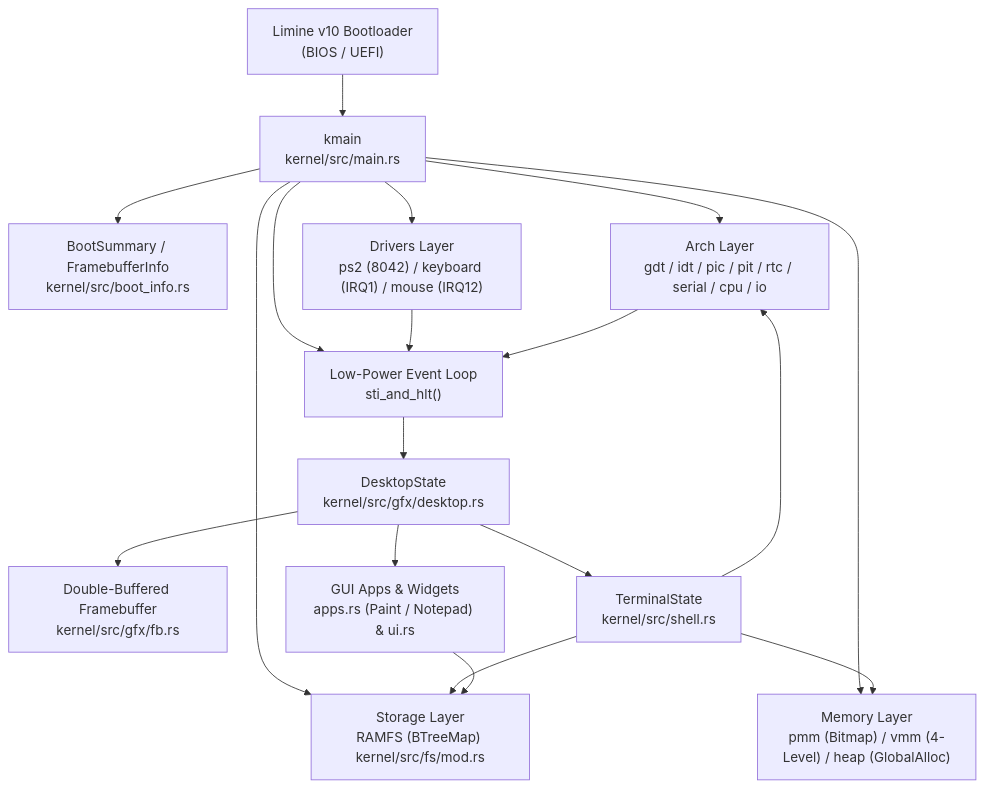
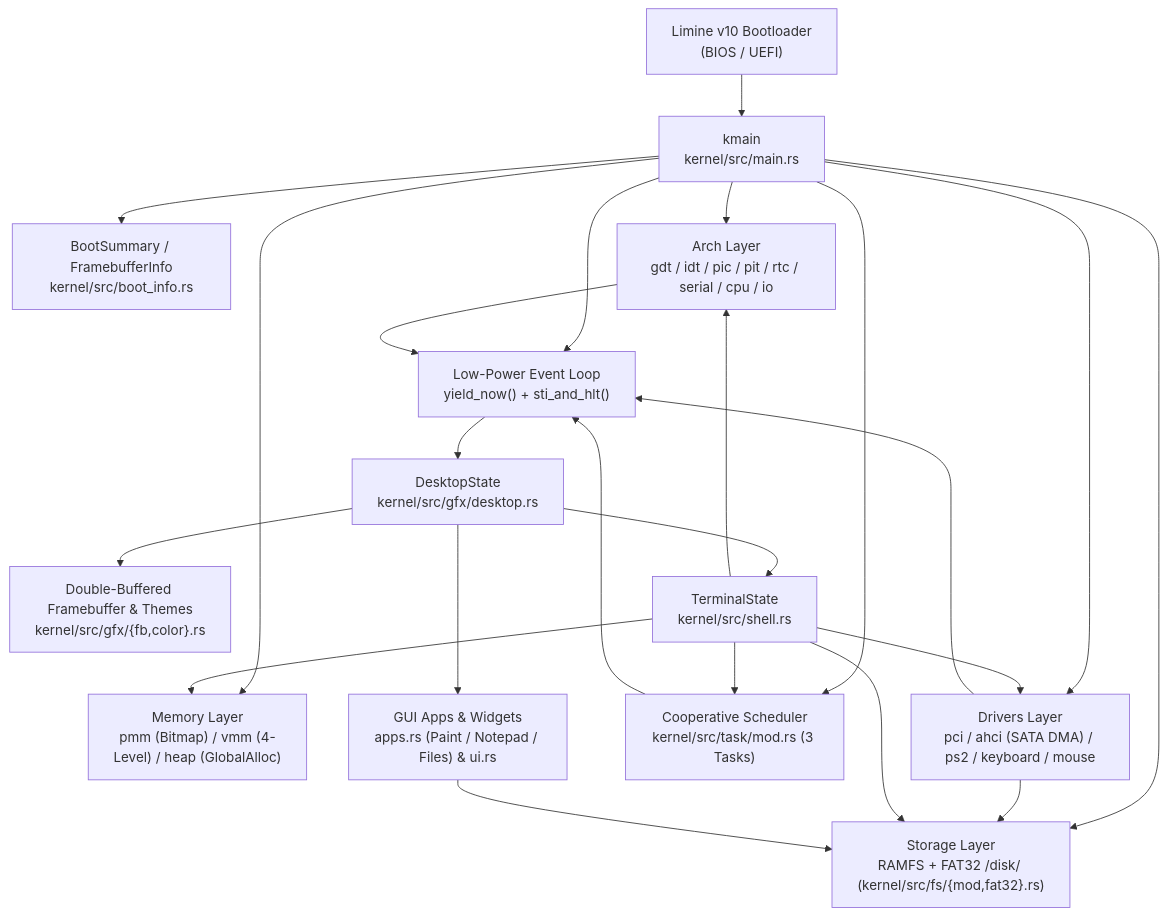
Before and after one commit to wmsir/wmos: the first of 2 diagrams in docs/DESIGN.md, drawn with Mermaid. The commit also changed other lines of this file and 17 other files, not shown here.

Commit message:
feat(v3.0.0): add PCI, AHCI SATA DMA, FAT32 /disk/, cooperative scheduler, themes, Files app, and synced docs

````diff
--- a/docs/DESIGN.md
+++ b/docs/DESIGN.md
@@ -26,21 +26,26 @@
 ```mermaid
 flowchart TD
     Boot["Limine v10 Bootloader\n(BIOS / UEFI)"] --> Entry["kmain\nkernel/src/main.rs"]
     Entry --> BootInfo["BootSummary / FramebufferInfo\nkernel/src/boot_info.rs"]
     Entry --> Arch["Arch Layer\ngdt / idt / pic / pit / rtc / serial / cpu / io"]
     Entry --> Mem["Memory Layer\npmm (Bitmap) / vmm (4-Level) / heap (GlobalAlloc)"]
-    Entry --> FS["Storage Layer\nRAMFS (BTreeMap) kernel/src/fs/mod.rs"]
-    Entry --> Drivers["Drivers Layer\nps2 (8042) / keyboard (IRQ1) / mouse (IRQ12)"]
-    Entry --> Loop["Low-Power Event Loop\nsti_and_hlt()"]
+    Entry --> Drivers["Drivers Layer\npci / ahci (SATA DMA) / ps2 / keyboard / mouse"]
+    Entry --> FS["Storage Layer\nRAMFS + FAT32 /disk/ (kernel/src/fs/{mod,fat32}.rs)"]
+    Entry --> Task["Cooperative Scheduler\nkernel/src/task/mod.rs (3 Tasks)"]
+    Entry --> Loop["Low-Power Event Loop\nyield_now() + sti_and_hlt()"]
 
+    Drivers --> FS
     Drivers --> Loop
     Arch --> Loop
+    Task --> Loop
     Loop --> Desktop["DesktopState\nkernel/src/gfx/desktop.rs"]
-    Desktop --> FB["Double-Buffered Framebuffer\nkernel/src/gfx/fb.rs"]
-    Desktop --> Apps["GUI Apps & Widgets\napps.rs (Paint / Notepad) & ui.rs"]
+    Desktop --> FB["Double-Buffered Framebuffer & Themes\nkernel/src/gfx/{fb,color}.rs"]
+    Desktop --> Apps["GUI Apps & Widgets\napps.rs (Paint / Notepad / Files) & ui.rs"]
     Desktop --> Shell["TerminalState\nkernel/src/shell.rs"]
     Shell --> FS
     Shell --> Mem
+    Shell --> Drivers
+    Shell --> Task
     Shell --> Arch
     Apps --> FS
 ```
````
